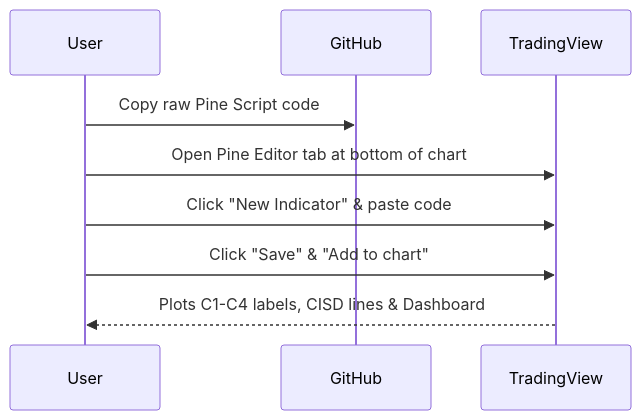
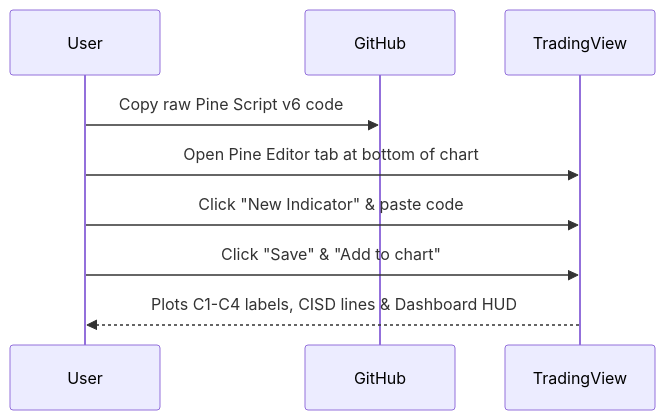
Before and after one commit to DanielKinnito/trading: the diagram in docs/indicators/quickstart.md, drawn with Mermaid. The commit also changed other lines of this file and 32 other files, not shown here.

Commit message:
feat(docs): overhaul documentation website with photorealistic charts, modern ttrades-inspired design, and zero ASCII art

````diff
--- a/docs/indicators/quickstart.md
+++ b/docs/indicators/quickstart.md
@@ -29,12 +29,12 @@
 ```mermaid
 sequenceDiagram
     participant User
     participant GitHub
     participant TradingView
     
-    User->>GitHub: Copy raw Pine Script code
+    User->>GitHub: Copy raw Pine Script v6 code
     User->>TradingView: Open Pine Editor tab at bottom of chart
     User->>TradingView: Click "New Indicator" & paste code
     User->>TradingView: Click "Save" & "Add to chart"
-    TradingView-->>User: Plots C1-C4 labels, CISD lines & Dashboard
+    TradingView-->>User: Plots C1-C4 labels, CISD lines & Dashboard HUD
 ```
````
